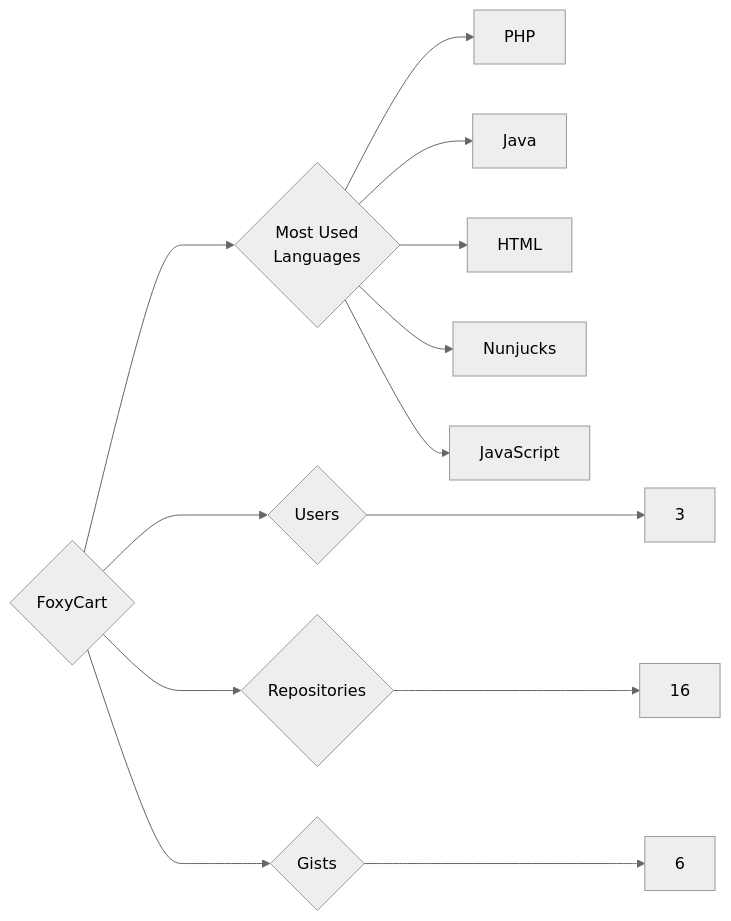
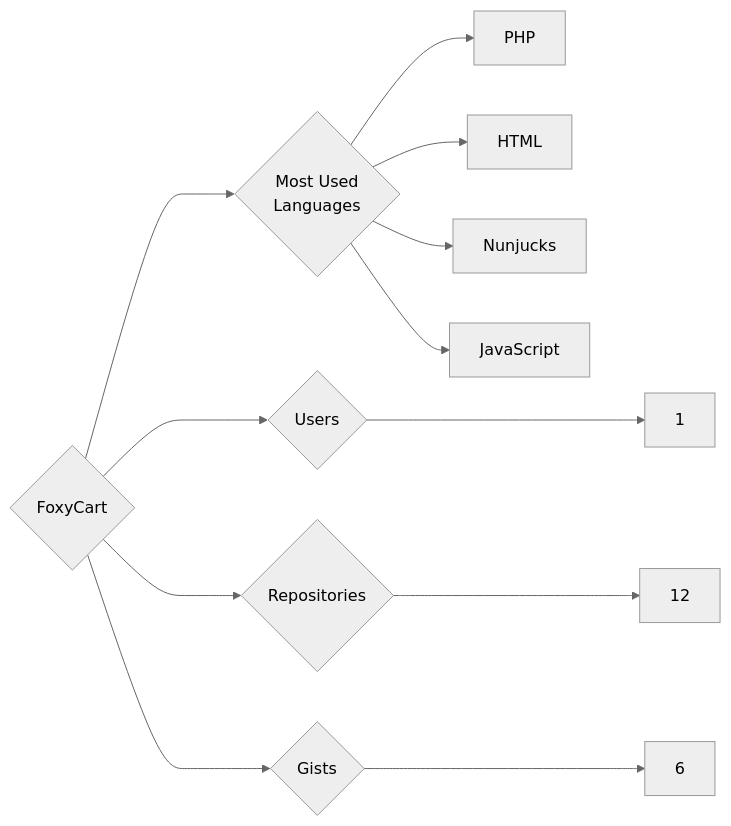
Before and after one commit to trickest/insiders: the diagram in targets/FoxyCart/README.md, drawn with Mermaid (neutral theme). The commit also changed 882 other files, not shown here.

````diff
--- a/targets/FoxyCart/README.md
+++ b/targets/FoxyCart/README.md
@@ -3,13 +3,12 @@
 ```mermaid
 graph LR
 COMPANY_NAME{FoxyCart}
-COMPANY_NAME ---> U{Users} ---> UN[3]
-COMPANY_NAME ---> R{Repositories} ---> RN[16]
+COMPANY_NAME ---> U{Users} ---> UN[1]
+COMPANY_NAME ---> R{Repositories} ---> RN[12]
 COMPANY_NAME ---> G{Gists} ---> GN[6]
 COMPANY_NAME ---> ML{Most Used<br>Languages}
 ML --> PHP[PHP]
-ML --> Java[Java]
 ML --> HTML[HTML]
 ML --> Nunjucks[Nunjucks]
 ML --> JavaScript[JavaScript]
 ```
````
